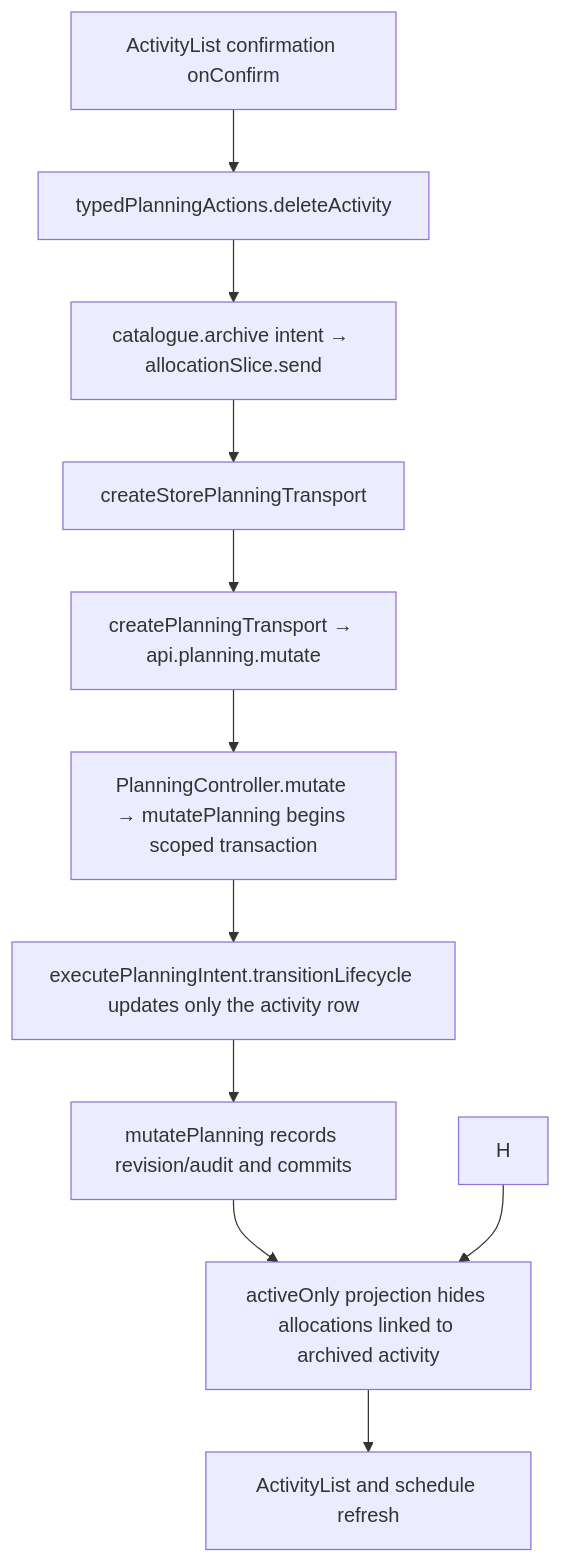
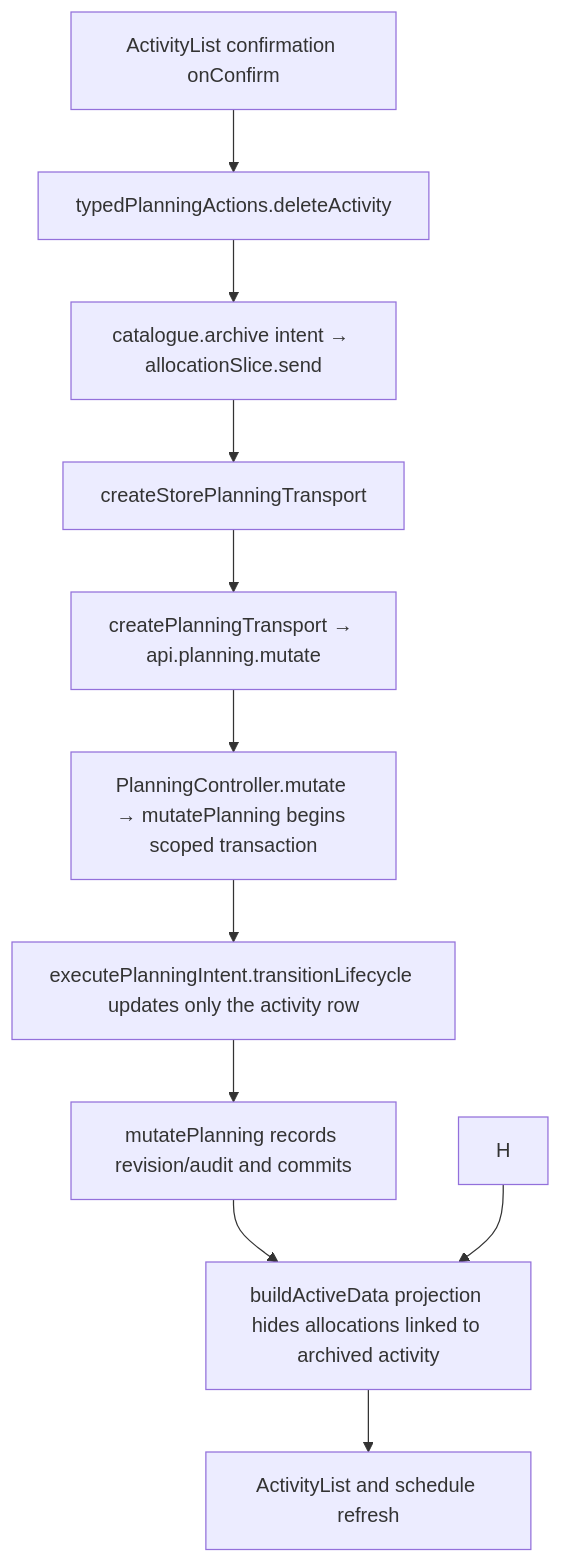
The second of 2 diagrams in user-stories/activities/US-ACT-04-delete-activity-cascade.md (Kevinjohn/capacitylens), drawn with Mermaid before and after one commit. The commit also changed 222 other files, not shown here.

````diff
--- a/user-stories/activities/US-ACT-04-delete-activity-cascade.md
+++ b/user-stories/activities/US-ACT-04-delete-activity-cascade.md
@@ -30,8 +30,8 @@
 ```mermaid
 flowchart TD
   A["ActivityList confirmation onConfirm"] --> B["typedPlanningActions.deleteActivity"] --> C["catalogue.archive intent → allocationSlice.send"]
   C --> D["createStorePlanningTransport"]
   D --> E["createPlanningTransport → api.planning.mutate"] --> F["PlanningController.mutate → mutatePlanning begins scoped transaction"] --> G["executePlanningIntent.transitionLifecycle updates only the activity row"] --> K["mutatePlanning records revision/audit and commits"]
-  K --> L["activeOnly projection hides allocations linked to archived activity"] --> I["ActivityList and schedule refresh"]
+  K --> L["buildActiveData projection hides allocations linked to archived activity"] --> I["ActivityList and schedule refresh"]
   H --> L
 ```
````
